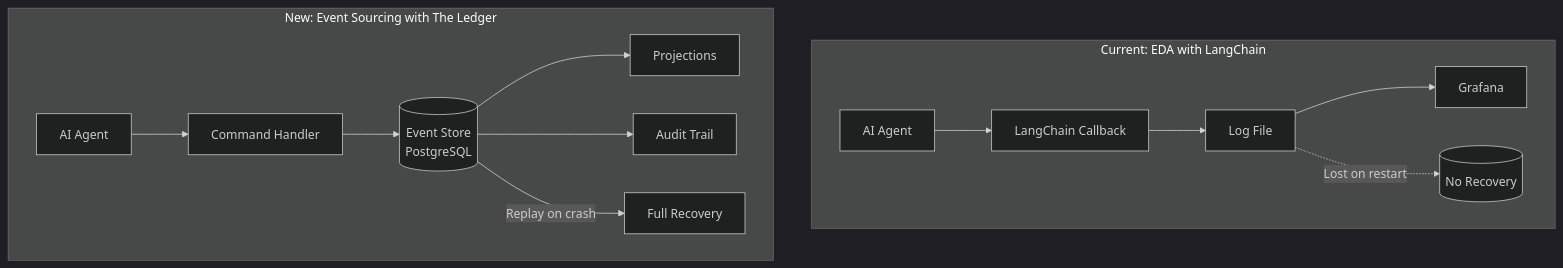
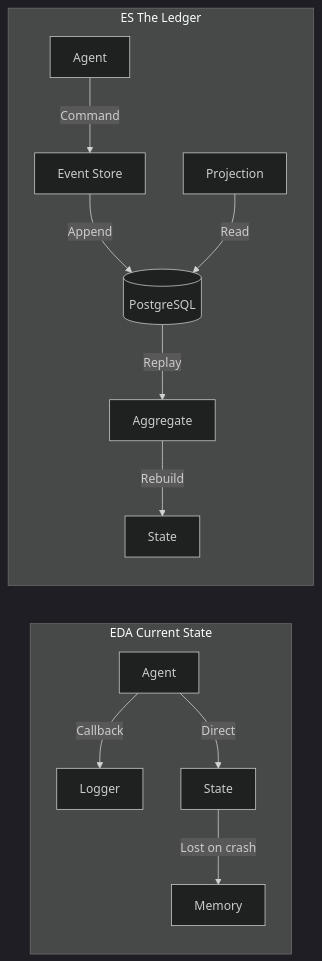
The first of 5 diagrams in DOMAIN_NOTES.md (Miked1991/The-Ledger), drawn with Mermaid (dark theme) before and after one commit. The commit also changed other lines of this file and 7 other files, not shown here.

````diff
--- a/DOMAIN_NOTES.md
+++ b/DOMAIN_NOTES.md
@@ -30,17 +31,16 @@
 ```mermaid
-graph TB
-    subgraph "Current: EDA with LangChain"
-        A1[AI Agent] --> A2[LangChain Callback]
-        A2 --> A3[Log File]
-        A3 --> A4[Grafana]
-        A3 -.->|Lost on restart| A5[(No Recovery)]
+graph LR
+    subgraph "EDA Current State"
+        A[Agent] -->|Callback| B[Logger]
+        A -->|Direct| C[State]
+        C -->|Lost on crash| D[Memory]
     end
     
-    subgraph "New: Event Sourcing with The Ledger"
-        B1[AI Agent] --> B2[Command Handler]
-        B2 --> B3[(Event Store<br/>PostgreSQL)]
-        B3 --> B4[Projections]
-        B3 --> B5[Audit Trail]
-        B3 -->|Replay on crash| B6[Full Recovery]
+    subgraph "ES The Ledger"
+        E[Agent] -->|Command| F[Event Store]
+        F -->|Append| G[(PostgreSQL)]
+        G -->|Replay| H[Aggregate]
+        H -->|Rebuild| I[State]
+        J[Projection] -->|Read| G
     end
 ```
````
